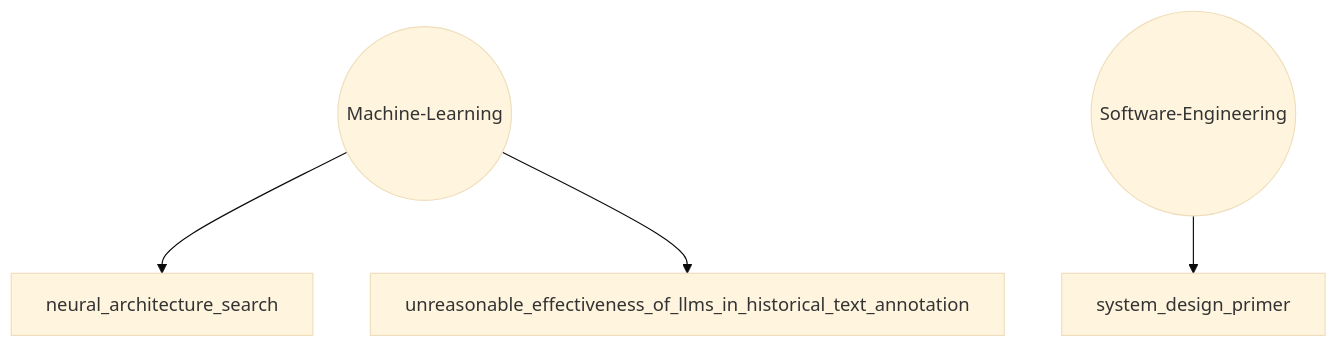
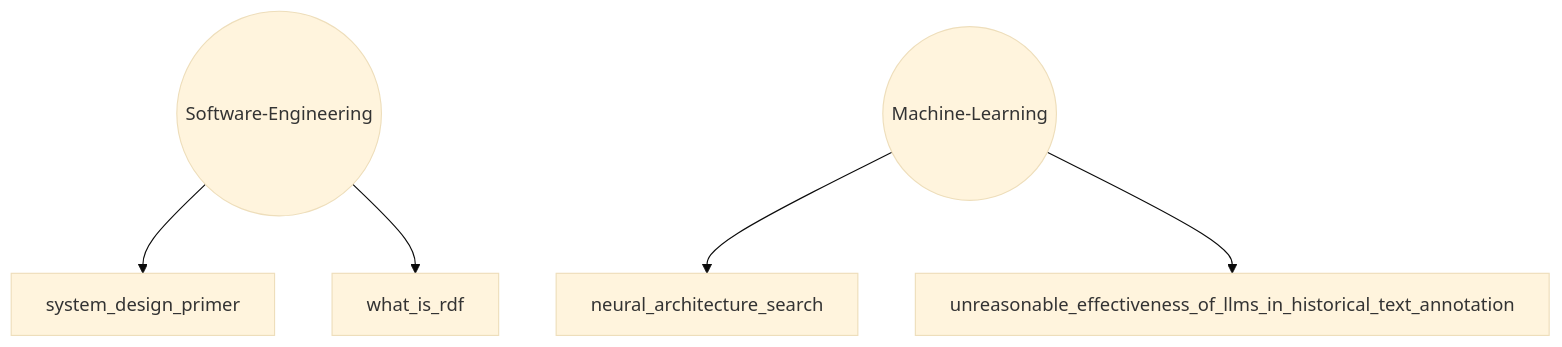
Before and after one commit to zparvez2z/TLDR: the diagram in README.md, drawn with Mermaid (base theme). The commit also changed other lines of this file and 2 other files, not shown here.

Commit message:
docs: Auto-generate knowledge base

````diff
--- a/README.md
+++ b/README.md
@@ -4,8 +4,9 @@
 ```mermaid
 graph TD
+    Software-Engineering(( Software-Engineering ))
+    Software-Engineering --> system_design_primer
+    Software-Engineering --> what_is_rdf
     Machine-Learning(( Machine-Learning ))
     Machine-Learning --> neural_architecture_search
     Machine-Learning --> unreasonable_effectiveness_of_llms_in_historical_text_annotation
-    Software-Engineering(( Software-Engineering ))
-    Software-Engineering --> system_design_primer
 ```
````
